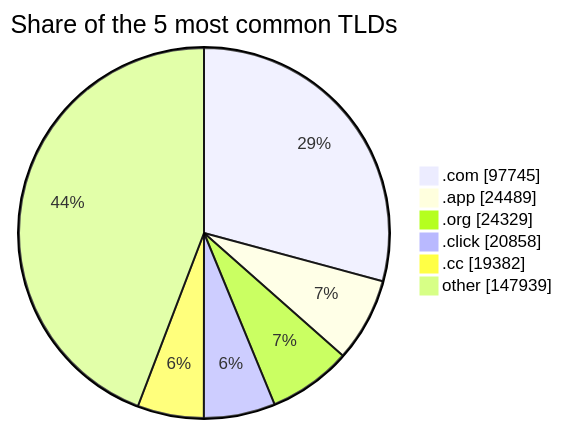
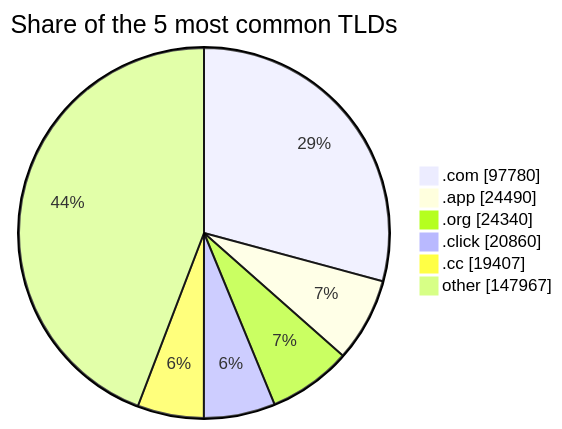
The third of 3 diagrams in README.md (DNSBunker/CTI), drawn with Mermaid before and after one commit. The commit also changed other lines of this file and 4 other files, not shown here.

````diff
--- a/README.md
+++ b/README.md
@@ -81,9 +81,9 @@
 ```mermaid
 pie showData title Share of the 5 most common TLDs
-    ".com" : 97745
-    ".app" : 24489
-    ".org" : 24329
-    ".click" : 20858
-    ".cc" : 19382
-    "other" : 147939
+    ".com" : 97780
+    ".app" : 24490
+    ".org" : 24340
+    ".click" : 20860
+    ".cc" : 19407
+    "other" : 147967
 ```
````
